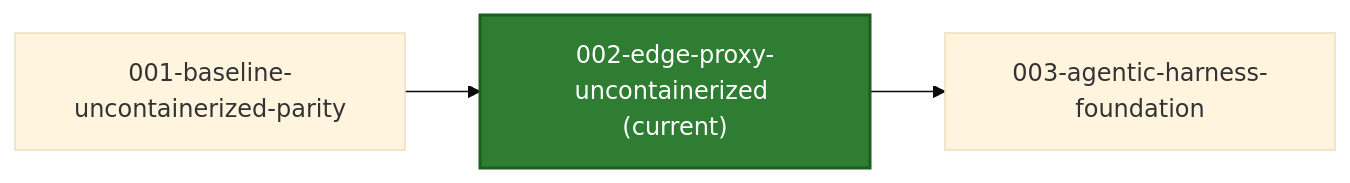
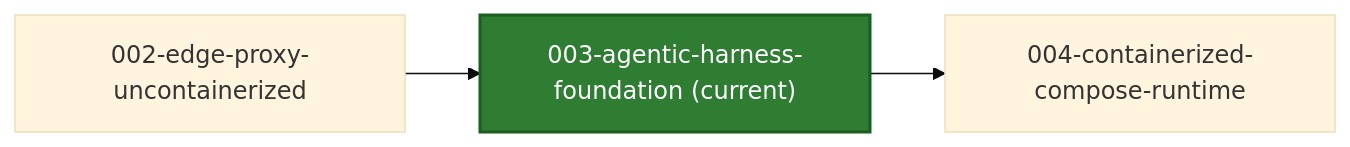
The first of 2 diagrams in README.md (azure-octo/traderX), drawn with Mermaid (base theme) before and after one commit. The commit also changed other lines of this file and 24 other files, not shown here.

First line of the commit message:
snapshot: 003-agentic-harness-foundation generated from a41e87908ebf8e9d2cd385280eacced32887bb1e

````diff
--- a/README.md
+++ b/README.md
@@ -21,10 +21,10 @@
 ```mermaid
 flowchart LR
-  S_CUR["002-edge-proxy-uncontainerized (current)"]
+  S_CUR["003-agentic-harness-foundation (current)"]
   style S_CUR fill:#2e7d32,stroke:#1b5e20,color:#ffffff,stroke-width:2px
-  S_PREV_001_baseline_uncontainerized_parity["001-baseline-uncontainerized-parity"] --> S_CUR
-  click S_PREV_001_baseline_uncontainerized_parity href "https://github.com/finos/traderX/tree/code%2Fgenerated-state-001-baseline-uncontainerized-parity" "Open branch"
-  S_CUR --> S_NEXT_003_agentic_harness_foundation["003-agentic-harness-foundation"]
-  click S_NEXT_003_agentic_harness_foundation href "https://github.com/finos/traderX/tree/code%2Fgenerated-state-003-agentic-harness-foundation" "Open branch"
-  click S_CUR href "https://github.com/finos/traderX/tree/code%2Fgenerated-state-002-edge-proxy-uncontainerized" "Open current branch"
+  S_PREV_002_edge_proxy_uncontainerized["002-edge-proxy-uncontainerized"] --> S_CUR
+  click S_PREV_002_edge_proxy_uncontainerized href "https://github.com/finos/traderX/tree/code%2Fgenerated-state-002-edge-proxy-uncontainerized" "Open branch"
+  S_CUR --> S_NEXT_004_containerized_compose_runtime["004-containerized-compose-runtime"]
+  click S_NEXT_004_containerized_compose_runtime href "https://github.com/finos/traderX/tree/code%2Fgenerated-state-004-containerized-compose-runtime" "Open branch"
+  click S_CUR href "https://github.com/finos/traderX/tree/code%2Fgenerated-state-003-agentic-harness-foundation" "Open current branch"
 ```
````
